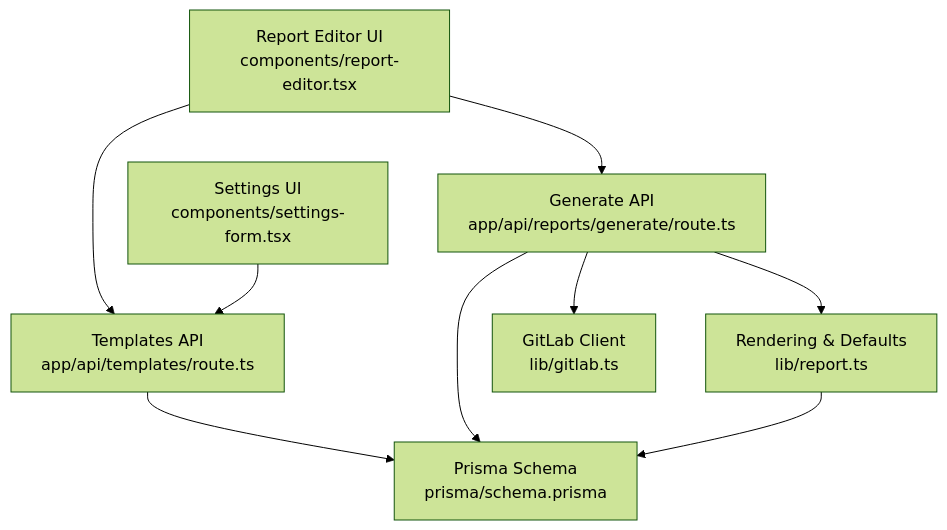
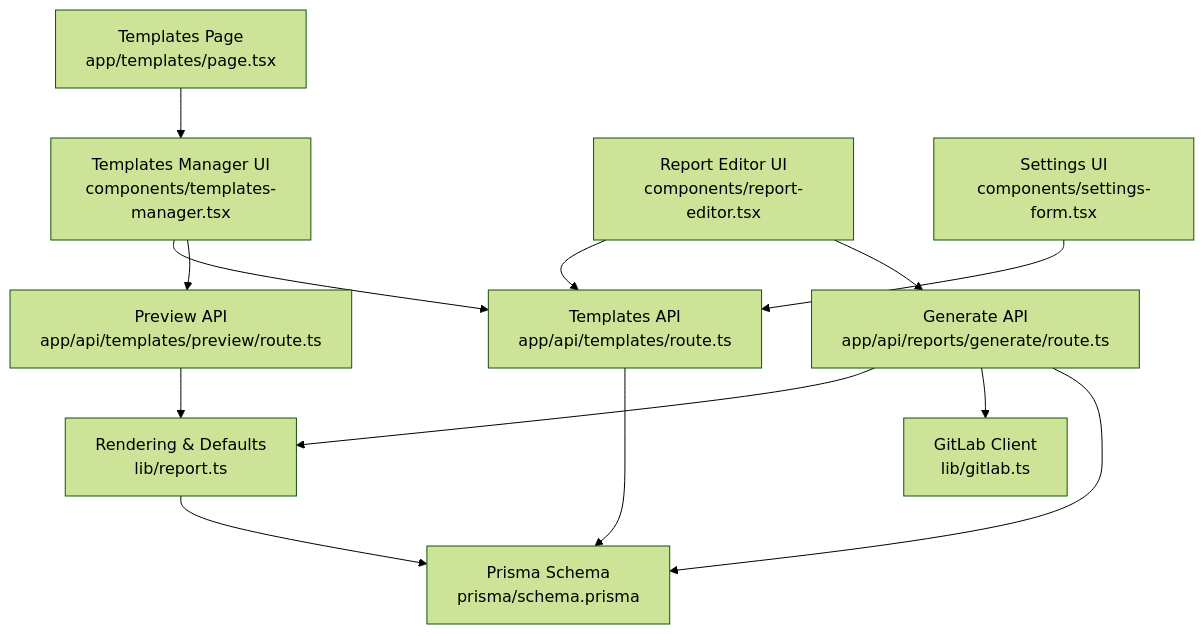
Before and after one commit to jrj444/git-daily: the first of 9 diagrams in .qoder/repowiki/en/content/Settings and Configuration/Template Management.md, drawn with Mermaid (forest theme). The commit also changed other lines of this file and 26 other files, not shown here.

````diff
--- a/.qoder/repowiki/en/content/Settings and Configuration/Template Management.md
+++ b/.qoder/repowiki/en/content/Settings and Configuration/Template Management.md
@@ -34,18 +49,25 @@
 ```mermaid
 graph TB
+FE_TemplatesManager["Templates Manager UI<br/>components/templates-manager.tsx"]
 FE_ReportEditor["Report Editor UI<br/>components/report-editor.tsx"]
 FE_Settings["Settings UI<br/>components/settings-form.tsx"]
 API_Templates["Templates API<br/>app/api/templates/route.ts"]
+API_Preview["Preview API<br/>app/api/templates/preview/route.ts"]
 API_Generate["Generate API<br/>app/api/reports/generate/route.ts"]
 Lib_Report["Rendering & Defaults<br/>lib/report.ts"]
 Lib_GitLab["GitLab Client<br/>lib/gitlab.ts"]
 Prisma_Schema["Prisma Schema<br/>prisma/schema.prisma"]
+FE_TemplatesPage["Templates Page<br/>app/templates/page.tsx"]
+FE_TemplatesManager --> API_Templates
+FE_TemplatesManager --> API_Preview
 FE_ReportEditor --> API_Templates
 FE_ReportEditor --> API_Generate
 FE_Settings --> API_Templates
+FE_TemplatesPage --> FE_TemplatesManager
 API_Generate --> Lib_Report
 API_Generate --> Lib_GitLab
 API_Templates --> Prisma_Schema
+API_Preview --> Lib_Report
 API_Generate --> Prisma_Schema
 Lib_Report --> Prisma_Schema
 ```
````
